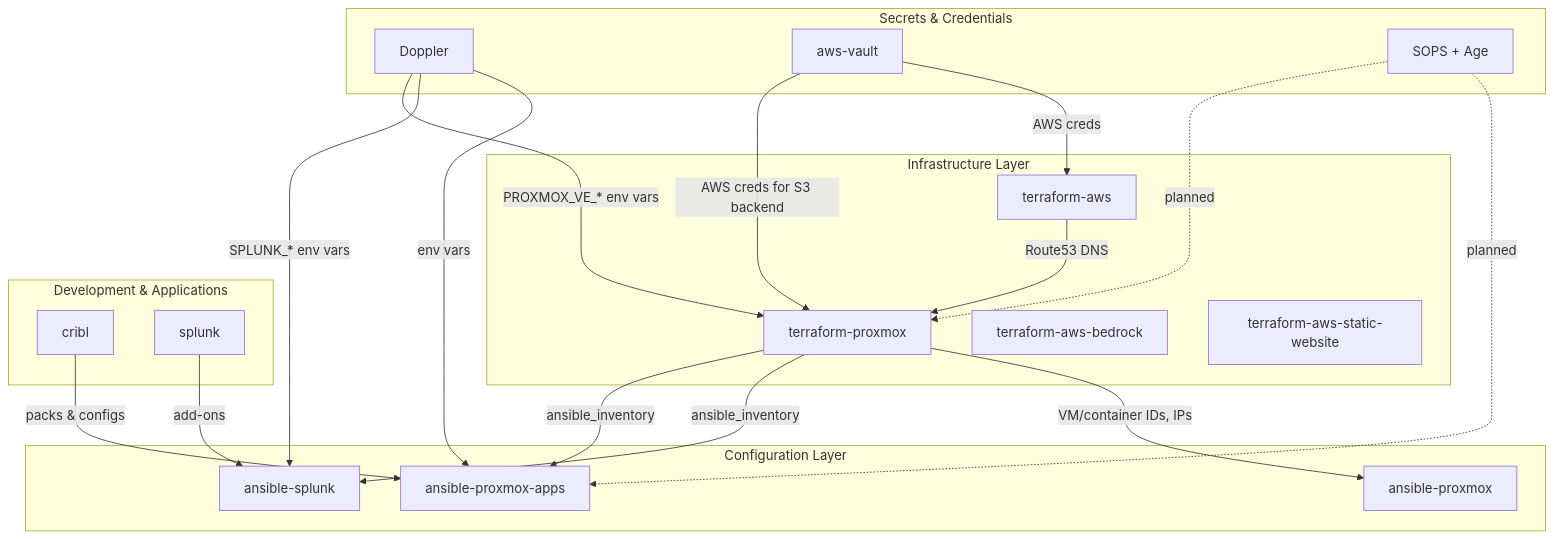
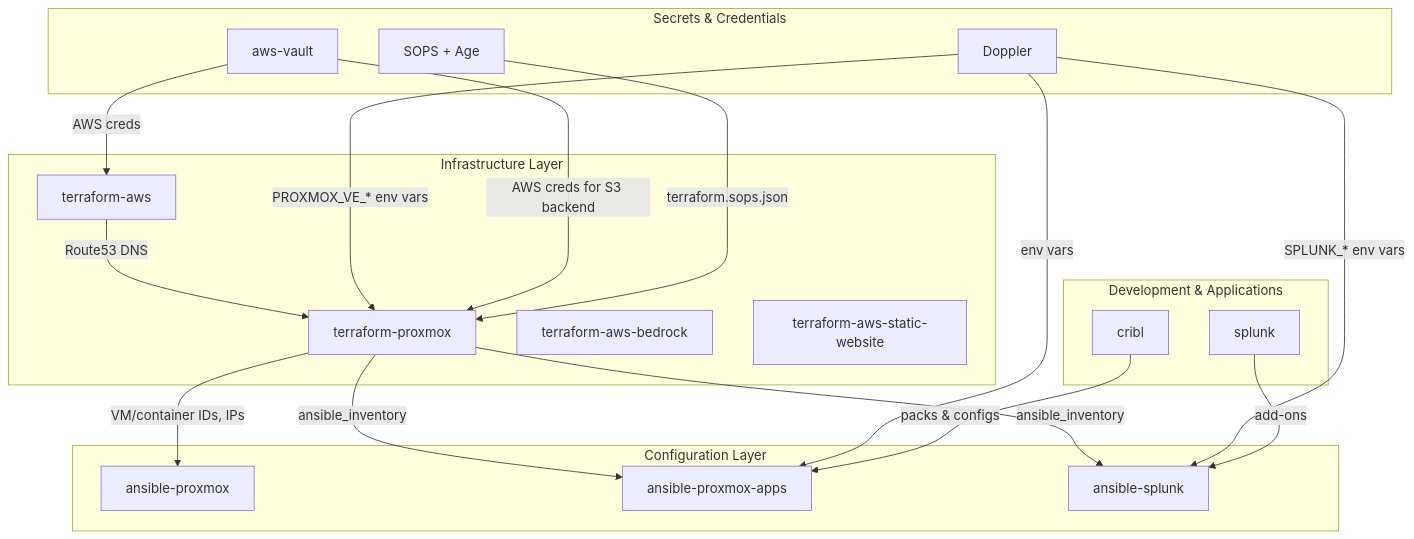
Before and after one commit to JacobPEvans/terraform-proxmox: the first of 3 diagrams in docs/ARCHITECTURE.md, drawn with Mermaid. The commit also changed other lines of this file and 1 other file, not shown here.

First line of the commit message:
docs(architecture): align with Cribl two-tier pipeline and Samba NAS reality (#267)

````diff
--- a/docs/ARCHITECTURE.md
+++ b/docs/ARCHITECTURE.md
@@ -8,40 +8,39 @@
 ```mermaid
 graph TD
     subgraph "Infrastructure Layer"
         TP[terraform-proxmox]
         TA[terraform-aws]
         TAB[terraform-aws-bedrock]
         TAS[terraform-aws-static-website]
     end
 
     subgraph "Configuration Layer"
         AP[ansible-proxmox]
         APA[ansible-proxmox-apps]
         AS[ansible-splunk]
     end
 
     subgraph "Development & Applications"
         CR[cribl]
         SP[splunk]
     end
 
     subgraph "Secrets & Credentials"
         DOP[Doppler]
         AV[aws-vault]
         SOPS_AGE[SOPS + Age]
     end
 
     TP -->|ansible_inventory| APA
     TP -->|ansible_inventory| AS
     TP -->|VM/container IDs, IPs| AP
     TA -->|Route53 DNS| TP
     DOP -->|PROXMOX_VE_* env vars| TP
     DOP -->|SPLUNK_* env vars| AS
     DOP -->|env vars| APA
     AV -->|AWS creds for S3 backend| TP
     AV -->|AWS creds| TA
     CR -->|packs & configs| APA
     SP -->|add-ons| AS
-    SOPS_AGE -.->|planned| TP
-    SOPS_AGE -.->|planned| APA
+    SOPS_AGE -->|terraform.sops.json| TP
 ```
````
